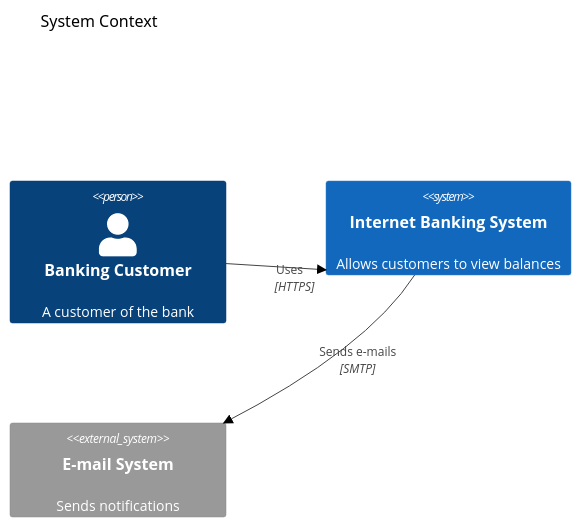
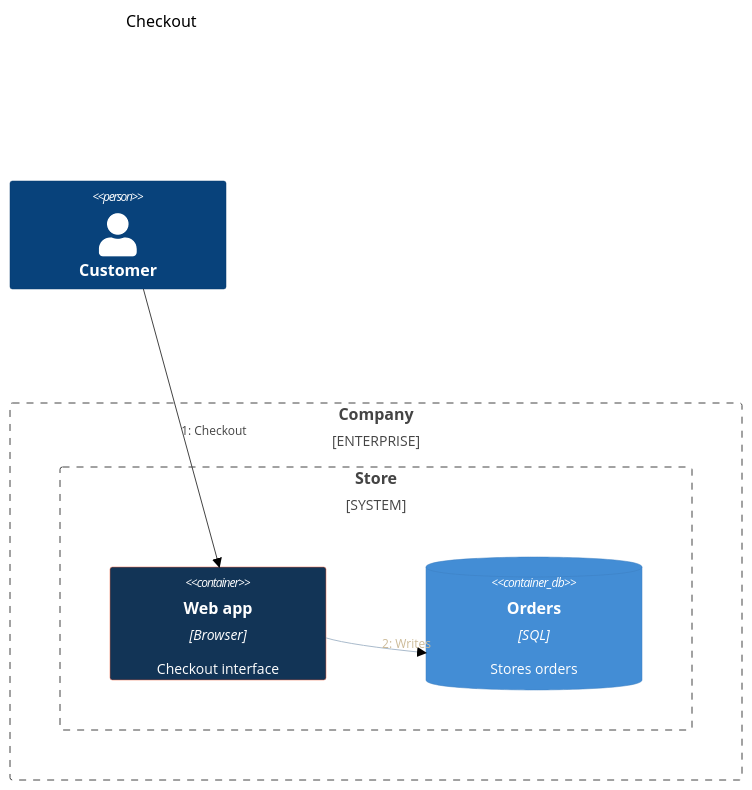
The diagram in Website/static/site/atlas/c4.mmd (EvotecIT/ChartForgeX), drawn with Mermaid (forest theme) before and after one commit. The commit also changed 1563 other files, not shown here.

```diff
--- a/Website/static/site/atlas/c4.mmd
+++ b/Website/static/site/atlas/c4.mmd
@@ -1,7 +1,13 @@
-C4Context
-title System Context
-Person(customer, "Banking Customer", "A customer of the bank")
-System(system, "Internet Banking System", "Allows customers to view balances")
-System_Ext(mail, "E-mail System", "Sends notifications")
-Rel(customer, system, "Uses", "HTTPS")
-Rel(system, mail, "Sends e-mails", "SMTP")
+C4Dynamic
+title Checkout
+Enterprise_Boundary(company, "Company") {
+System_Boundary(shop, "Store") {
+Container(web, "Web app", "Browser", "Checkout interface")
+ContainerDb(db, "Orders", "SQL", "Stores orders")
+}
+}
+Person(customer, "Customer")
+RelIndex(99, customer, web, "Checkout")
+Rel_D(web, db, "Writes")
+UpdateElementStyle(web, $bgColor="#123456", $fontColor="#ffffff", $borderColor="#ef6543")
+UpdateRelStyle(web, db, $lineColor="#aabbcc", $textColor="#ccbb99", $offsetX="6", $offsetY="-4")
```
